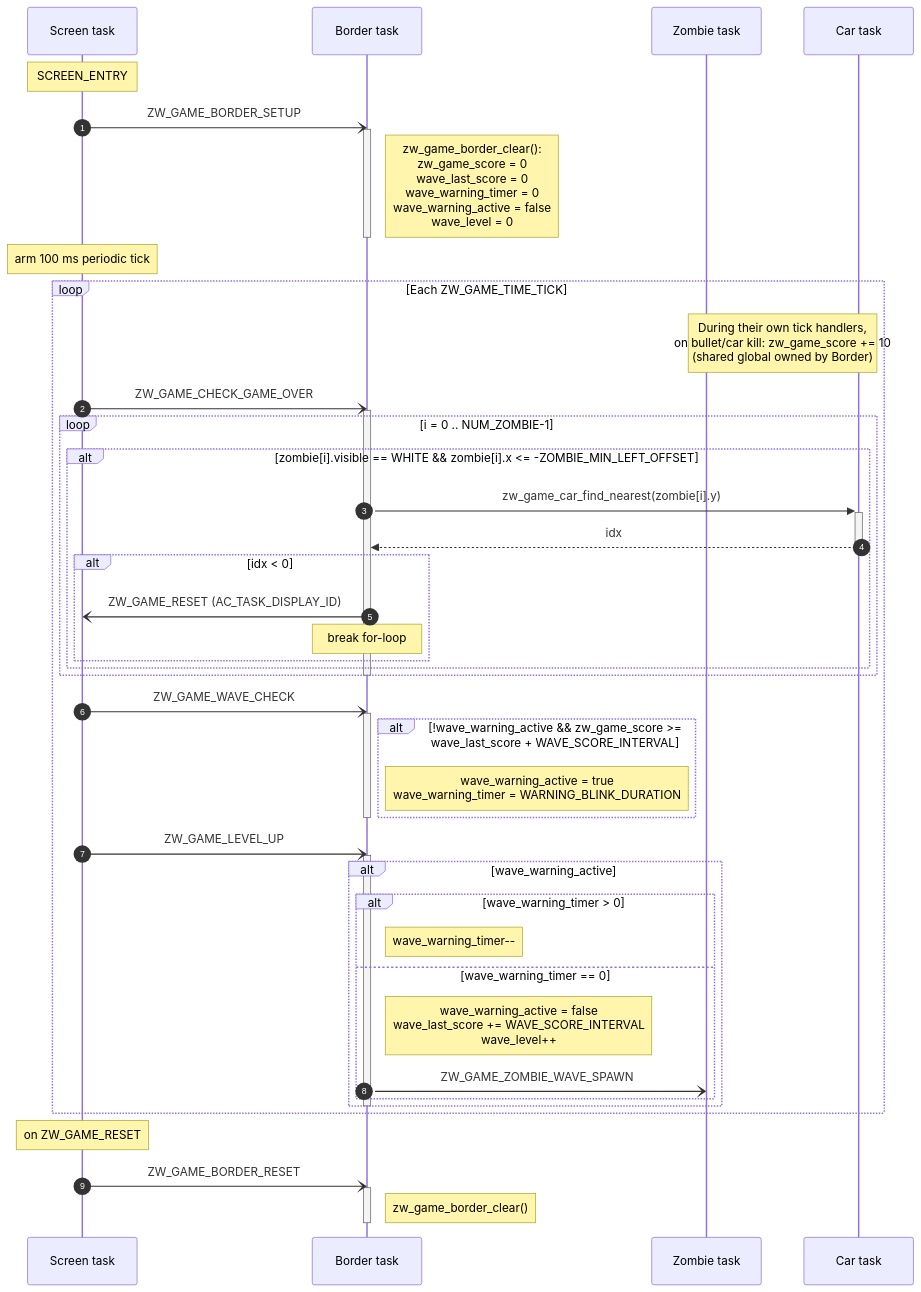
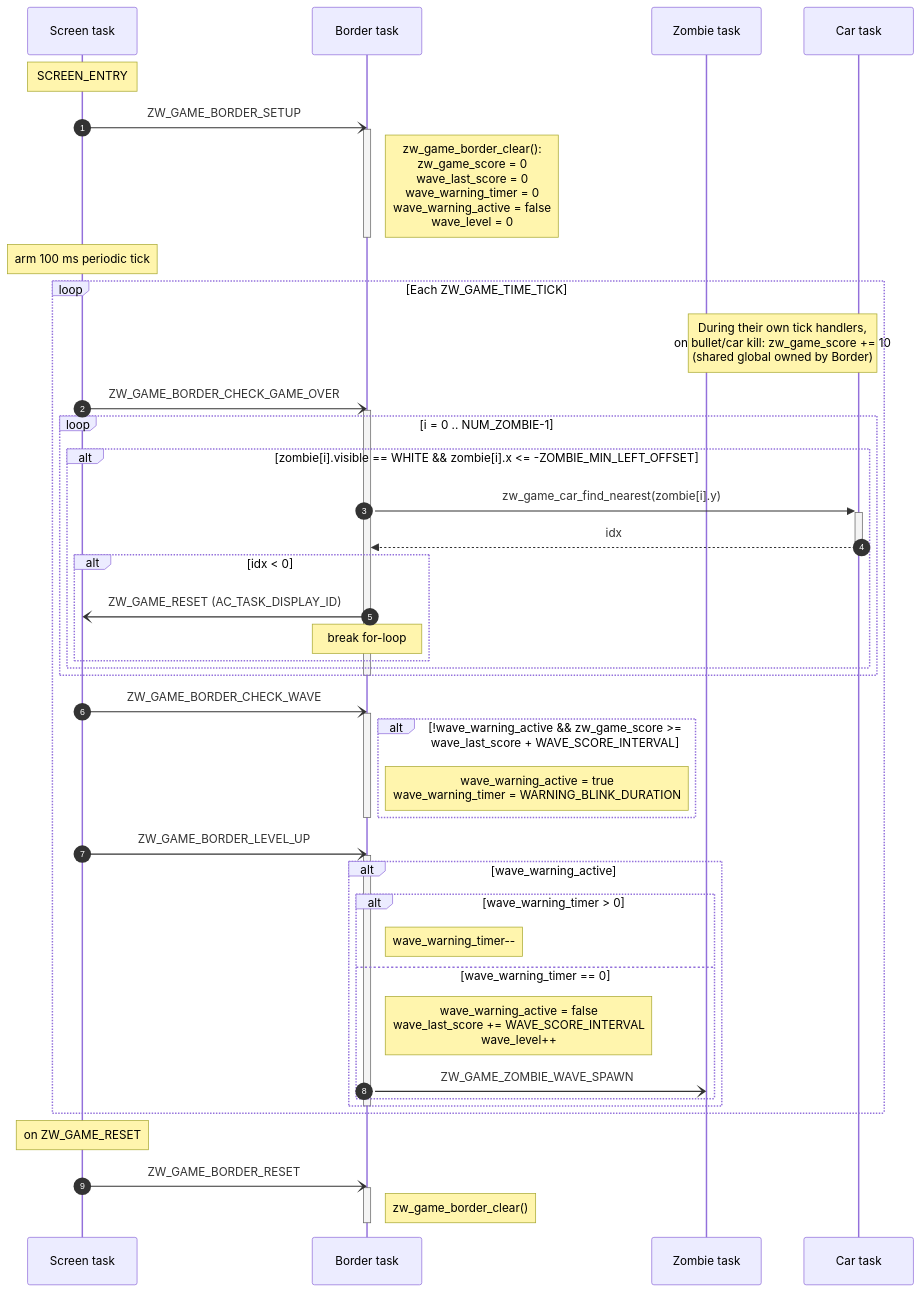
One commit to caotrongphuoc/mini-clock changed the seventh of 7 diagrams in docs/object_sequence.md. Above: the diagram before and after it, drawn with Mermaid. The commit also changed other lines of this file and 3 other files, not shown here.

Commit message:
[UPDATE] rename Border signals to ZW_GAME_BORDER_*

````diff
--- a/docs/object_sequence.md
+++ b/docs/object_sequence.md
@@ -448,58 +448,58 @@
 ```mermaid
 sequenceDiagram
     autonumber
     participant Scr as Screen task
     participant Bdr as Border task
     participant Zmb as Zombie task
     participant Car as Car task
 
     Note over Scr: SCREEN_ENTRY
     Scr-)Bdr: ZW_GAME_BORDER_SETUP
     activate Bdr
     Note right of Bdr: zw_game_border_clear():<br/>zw_game_score = 0<br/>wave_last_score = 0<br/>wave_warning_timer = 0<br/>wave_warning_active = false<br/>wave_level = 0
     deactivate Bdr
     Note over Scr: arm 100 ms periodic tick
 
     loop Each ZW_GAME_TIME_TICK
         Note over Zmb,Car: During their own tick handlers,<br/>on bullet/car kill: zw_game_score += 10<br/>(shared global owned by Border)
 
-        Scr-)Bdr: ZW_GAME_CHECK_GAME_OVER
+        Scr-)Bdr: ZW_GAME_BORDER_CHECK_GAME_OVER
         activate Bdr
         loop i = 0 .. NUM_ZOMBIE-1
             alt zombie[i].visible == WHITE && zombie[i].x <= -ZOMBIE_MIN_LEFT_OFFSET
                 Bdr->>+Car: zw_game_car_find_nearest(zombie[i].y)
                 Car-->>-Bdr: idx
                 alt idx < 0
                     Bdr-)Scr: ZW_GAME_RESET (AC_TASK_DISPLAY_ID)
                     Note over Bdr: break for-loop
                 end
             end
         end
         deactivate Bdr
 
-        Scr-)Bdr: ZW_GAME_WAVE_CHECK
+        Scr-)Bdr: ZW_GAME_BORDER_CHECK_WAVE
         activate Bdr
         alt !wave_warning_active && zw_game_score >= wave_last_score + WAVE_SCORE_INTERVAL
             Note right of Bdr: wave_warning_active = true<br/>wave_warning_timer = WARNING_BLINK_DURATION
         end
         deactivate Bdr
 
-        Scr-)Bdr: ZW_GAME_LEVEL_UP
+        Scr-)Bdr: ZW_GAME_BORDER_LEVEL_UP
         activate Bdr
         alt wave_warning_active
             alt wave_warning_timer > 0
                 Note right of Bdr: wave_warning_timer--
             else wave_warning_timer == 0
                 Note right of Bdr: wave_warning_active = false<br/>wave_last_score += WAVE_SCORE_INTERVAL<br/>wave_level++
                 Bdr-)Zmb: ZW_GAME_ZOMBIE_WAVE_SPAWN
             end
         end
         deactivate Bdr
     end
 
     Note over Scr: on ZW_GAME_RESET
     Scr-)Bdr: ZW_GAME_BORDER_RESET
     activate Bdr
     Note right of Bdr: zw_game_border_clear()
     deactivate Bdr
 ```
````
